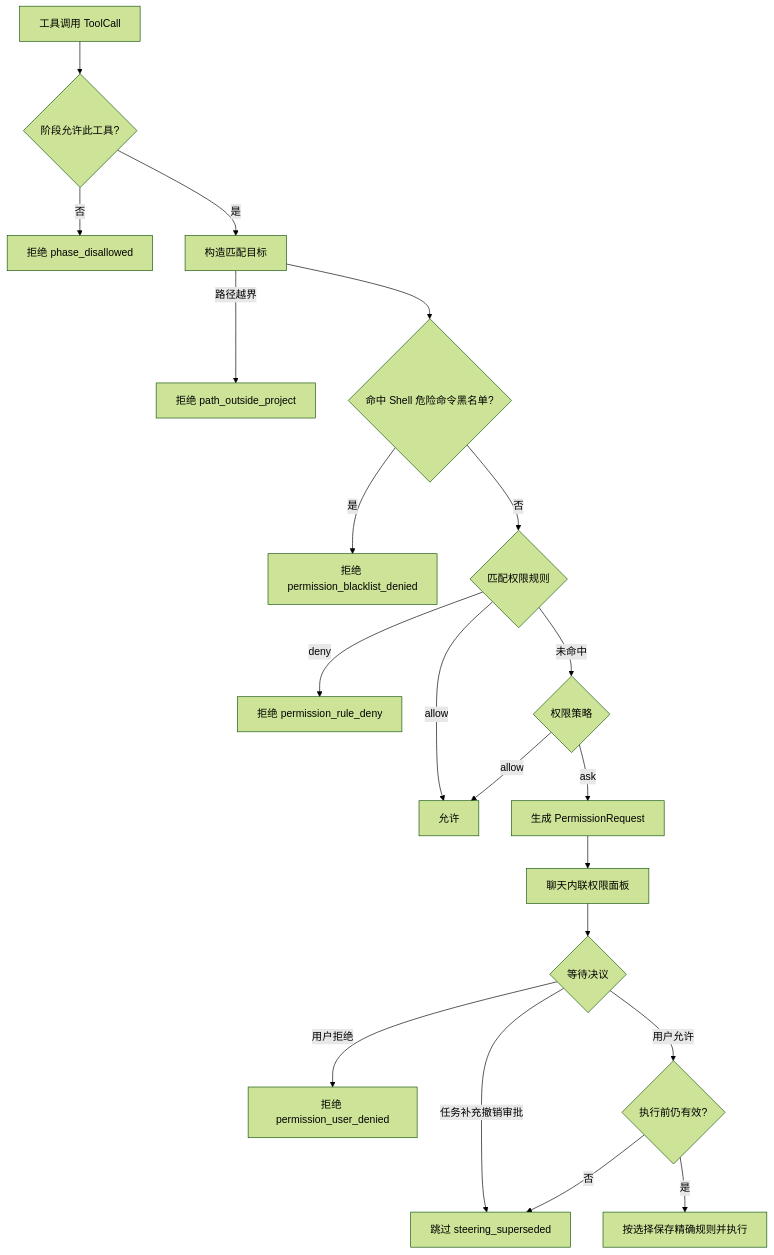
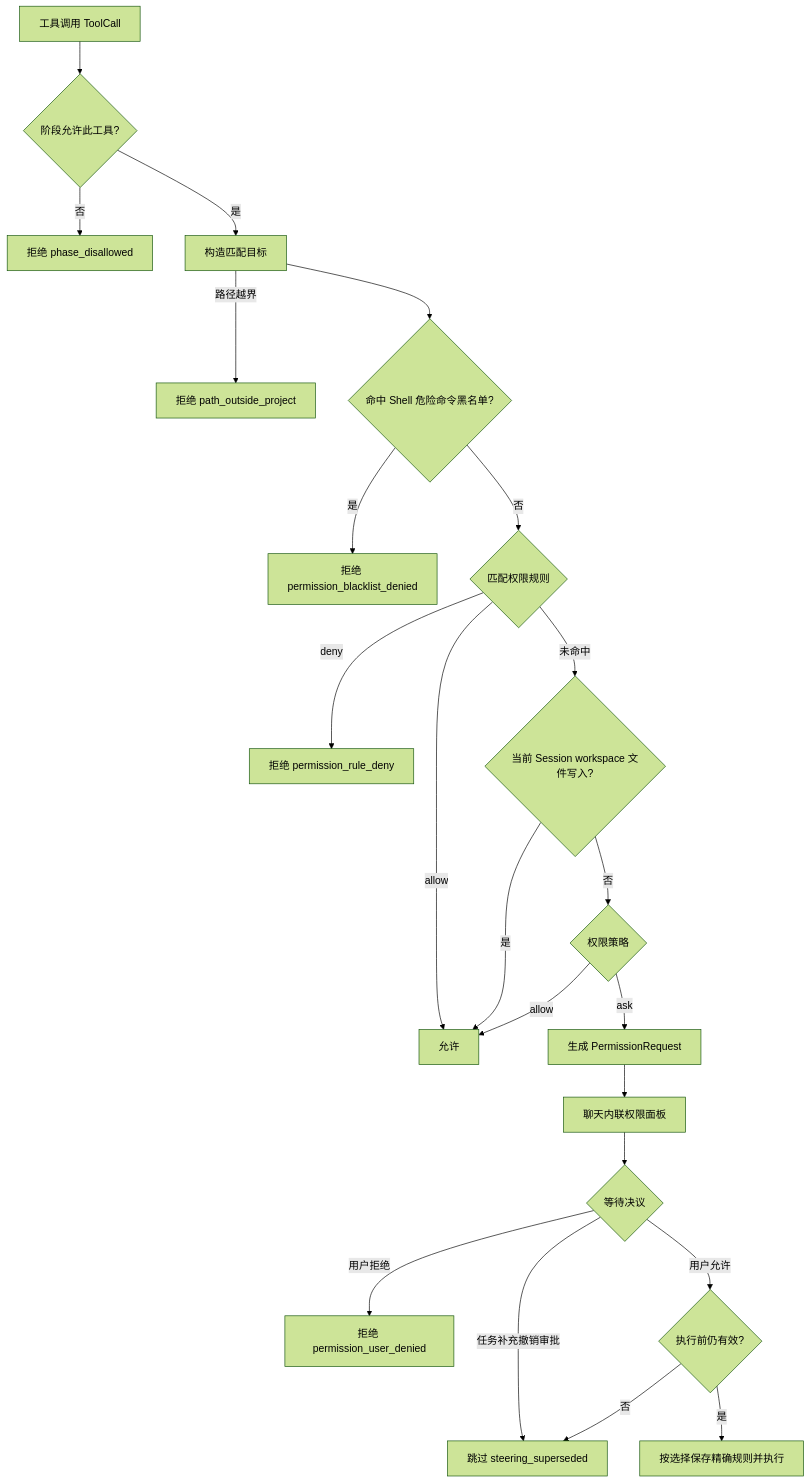
Before and after one commit to LangYiSheng/LanCher-Code: the diagram in docs/workflows/permission-flow.md, drawn with Mermaid (forest theme). The commit also changed other lines of this file and 65 other files, not shown here.

````diff
--- a/docs/workflows/permission-flow.md
+++ b/docs/workflows/permission-flow.md
@@ -25,22 +25,24 @@
 ```mermaid
 flowchart TD
     A[工具调用 ToolCall] --> B{阶段允许此工具?}
     B -->|否| D[拒绝 phase_disallowed]
     B -->|是| C[构造匹配目标]
     C -->|路径越界| E[拒绝 path_outside_project]
     C --> F{命中 Shell 危险命令黑名单?}
     F -->|是| G[拒绝 permission_blacklist_denied]
     F -->|否| H{匹配权限规则}
     H -->|allow| K[允许]
     H -->|deny| I[拒绝 permission_rule_deny]
-    H -->|未命中| J{权限策略}
+    H -->|未命中| W{当前 Session workspace 文件写入?}
+    W -->|是| K
+    W -->|否| J{权限策略}
     J -->|allow| K
     J -->|ask| L[生成 PermissionRequest]
     L --> M[聊天内联权限面板]
     M --> N{等待决议}
     N -->|用户拒绝| O[拒绝 permission_user_denied]
     N -->|任务补充撤销审批| P[跳过 steering_superseded]
     N -->|用户允许| Q{执行前仍有效?}
     Q -->|否| P
     Q -->|是| R[按选择保存精确规则并执行]
 ```
````
